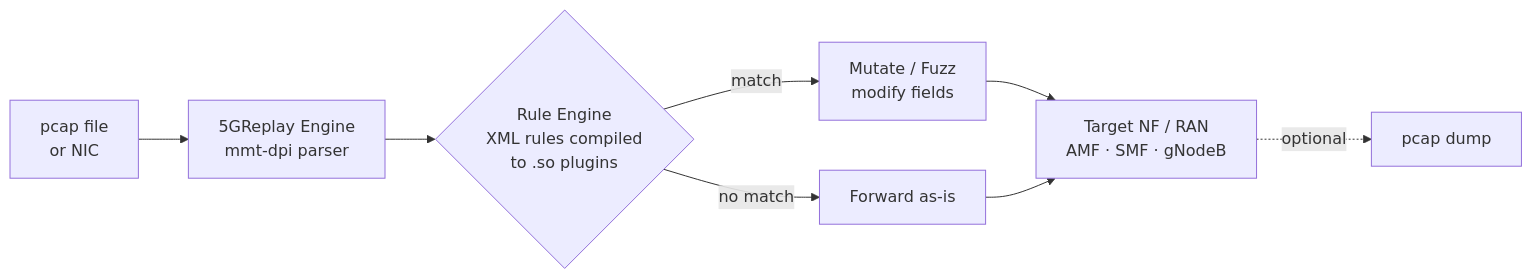
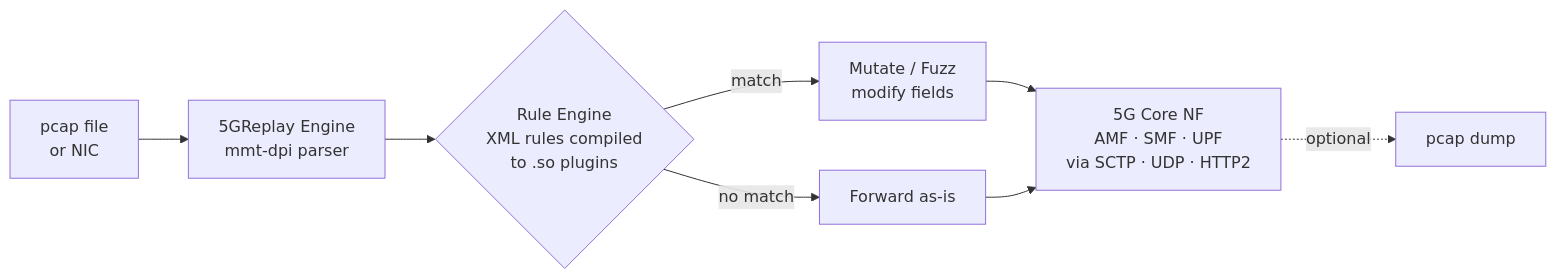
The diagram in README.md (Montimage/5Greplay), drawn with Mermaid before and after one commit. The commit also changed other lines of this file, not shown here.

First line of the commit message:
docs: remove inaccurate RAN/gNodeB references, fix diagram targets

````diff
--- a/README.md
+++ b/README.md
@@ -15,10 +15,10 @@
 ```mermaid
 graph LR
     A[pcap file\nor NIC] --> B[5GReplay Engine\nmmt-dpi parser]
     B --> C{Rule Engine\nXML rules compiled\nto .so plugins}
     C -->|match| D[Mutate / Fuzz\nmodify fields]
     C -->|no match| E[Forward as-is]
-    D --> F[Target NF / RAN\nAMF · SMF · gNodeB]
+    D --> F[5G Core NF\nAMF · SMF · UPF\nvia SCTP · UDP · HTTP2]
     E --> F
     F -.->|optional| G[pcap dump]
 ```
````
